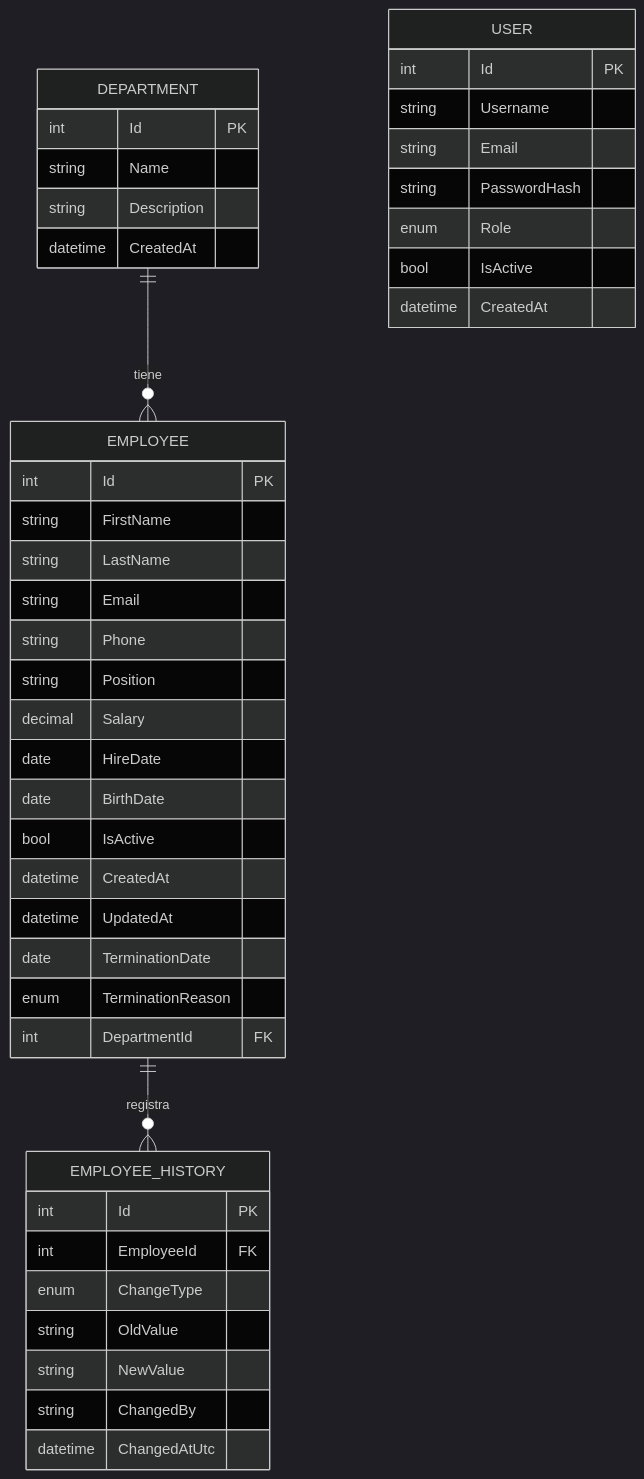
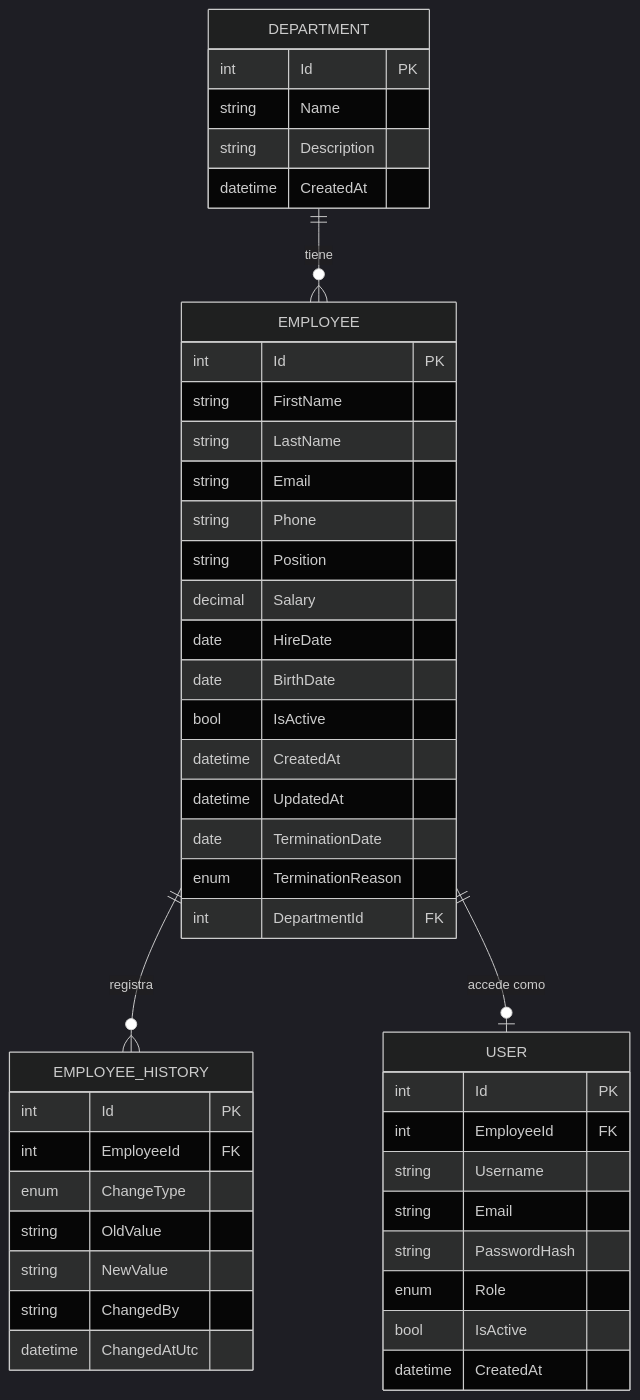
The second of 2 diagrams in README.md (AaronChavezMtz/EmployeeManagementApi), drawn with Mermaid (dark theme) before and after one commit. The commit also changed other lines of this file and 23 other files, not shown here.

````diff
--- a/README.md
+++ b/README.md
@@ -86,47 +87,49 @@
 ```mermaid
 erDiagram
     DEPARTMENT ||--o{ EMPLOYEE : tiene
     EMPLOYEE ||--o{ EMPLOYEE_HISTORY : registra
+    EMPLOYEE ||--o| USER : "accede como"
 
     DEPARTMENT {
         int Id PK
         string Name
         string Description
         datetime CreatedAt
     }
     EMPLOYEE {
         int Id PK
         string FirstName
         string LastName
         string Email
         string Phone
         string Position
         decimal Salary
         date HireDate
         date BirthDate
         bool IsActive
         datetime CreatedAt
         datetime UpdatedAt
         date TerminationDate
         enum TerminationReason
         int DepartmentId FK
     }
     EMPLOYEE_HISTORY {
         int Id PK
         int EmployeeId FK
         enum ChangeType
         string OldValue
         string NewValue
         string ChangedBy
         datetime ChangedAtUtc
     }
     USER {
         int Id PK
+        int EmployeeId FK
         string Username
         string Email
         string PasswordHash
         enum Role
         bool IsActive
         datetime CreatedAt
     }
 ```
````
